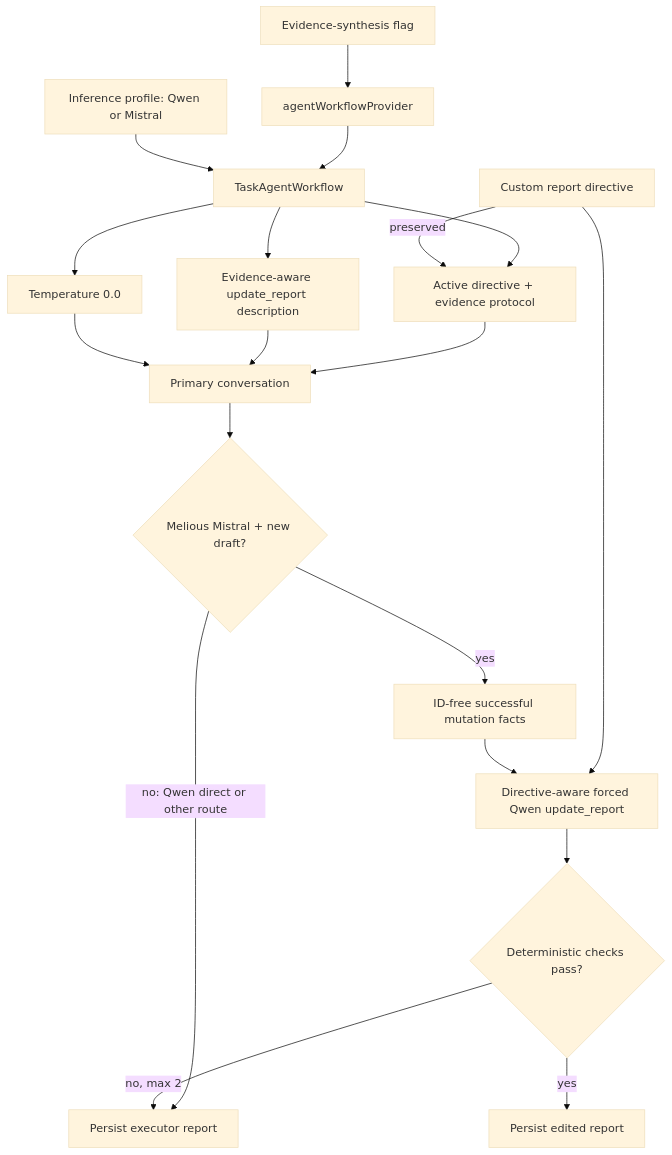
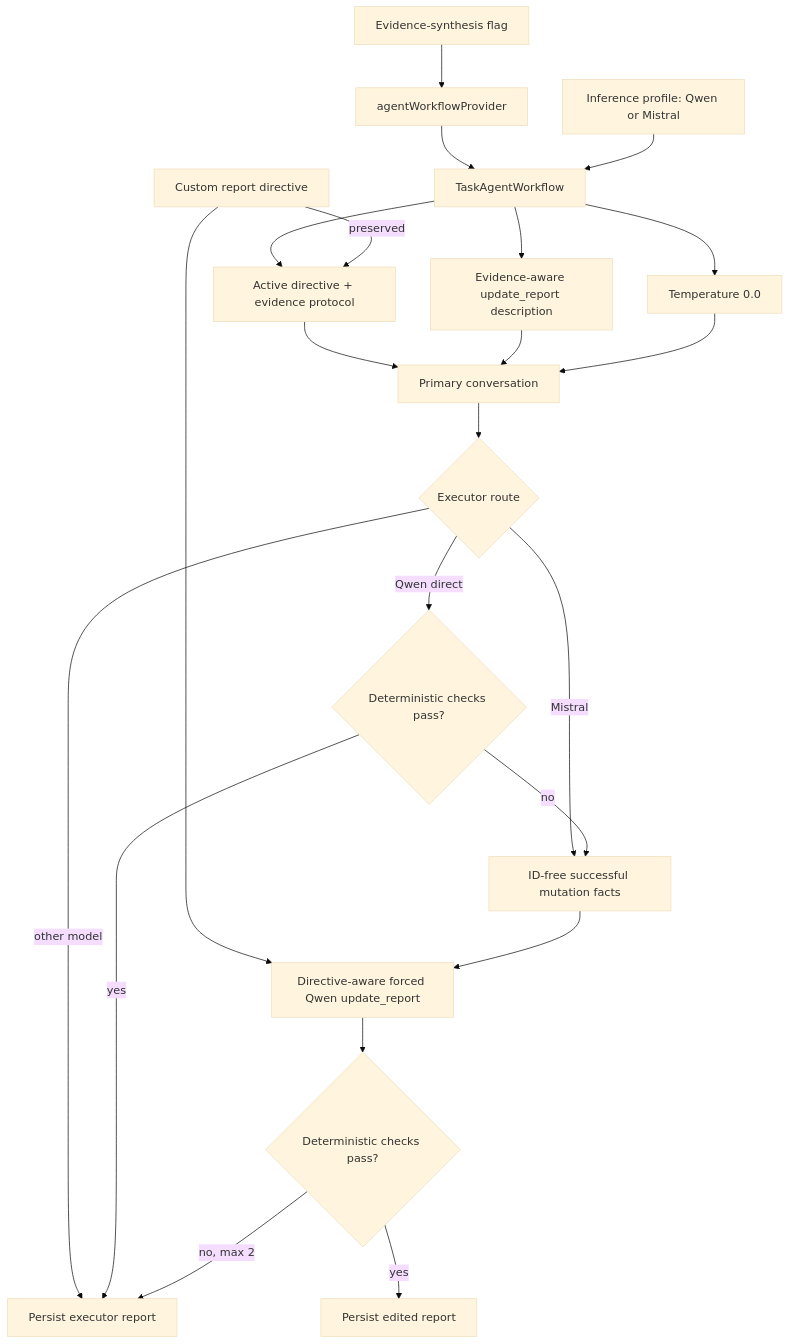
One commit to matthiasn/lotti changed the tenth of 20 diagrams in lib/features/agents/README.md. Above: the diagram before and after it, drawn with Mermaid (base theme). The commit also changed other lines of this file and 22 other files, not shown here.

````diff
--- a/lib/features/agents/README.md
+++ b/lib/features/agents/README.md
@@ -898,21 +914,24 @@
 ```mermaid
 flowchart TD
   Flag["Evidence-synthesis flag"] --> Provider["agentWorkflowProvider"]
   Provider --> Workflow["TaskAgentWorkflow"]
   Profile["Inference profile: Qwen or Mistral"] --> Workflow
   Workflow --> Prompt["Active directive + evidence protocol"]
   Workflow --> Tools["Evidence-aware update_report description"]
   Workflow --> Sampling["Temperature 0.0"]
   Custom["Custom report directive"] -->|preserved| Prompt
   Prompt --> Executor["Primary conversation"]
   Tools --> Executor
   Sampling --> Executor
-  Executor --> Gate{"Melious Mistral + new draft?"}
-  Gate -->|no: Qwen direct or other route| Persist["Persist executor report"]
-  Gate -->|yes| Facts["ID-free successful mutation facts"]
+  Executor --> Route{"Executor route"}
+  Route -->|other model| Persist["Persist executor report"]
+  Route -->|Mistral| Facts["ID-free successful mutation facts"]
+  Route -->|Qwen direct| DirectValidate{"Deterministic checks pass?"}
+  DirectValidate -->|yes| Persist
+  DirectValidate -->|no| Facts
   Custom --> Editor
   Facts --> Editor["Directive-aware forced Qwen update_report"]
   Editor --> Validate{"Deterministic checks pass?"}
   Validate -->|yes| PersistEdited["Persist edited report"]
   Validate -->|no, max 2| Persist
 ```
````
